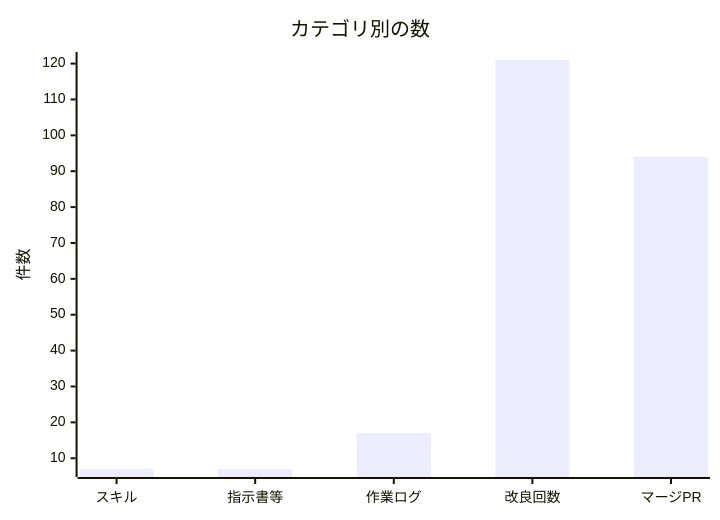
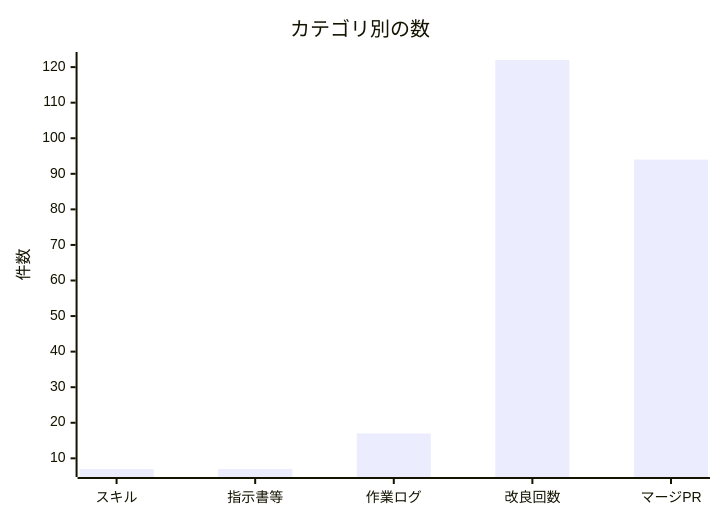
Before and after one commit to non-x2/non-x2: the second of 2 diagrams in docs/進化レポート.md, drawn with Mermaid. The commit also changed other lines of this file and 1 other file, not shown here.

````diff
--- a/docs/進化レポート.md
+++ b/docs/進化レポート.md
@@ -35,7 +35,7 @@
 ```mermaid
 xychart-beta
     title "カテゴリ別の数"
     x-axis ["スキル", "指示書等", "作業ログ", "改良回数", "マージPR"]
     y-axis "件数"
-    bar [7, 7, 17, 121, 94]
+    bar [7, 7, 17, 122, 94]
 ```
````
